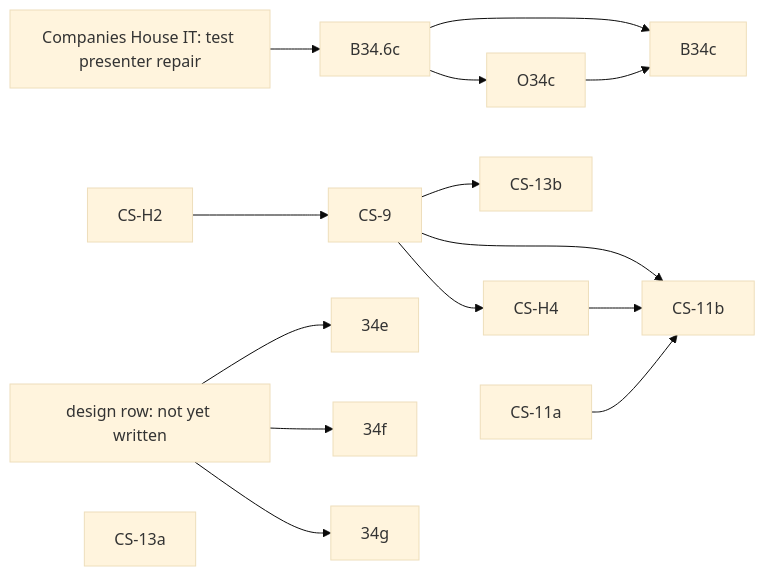
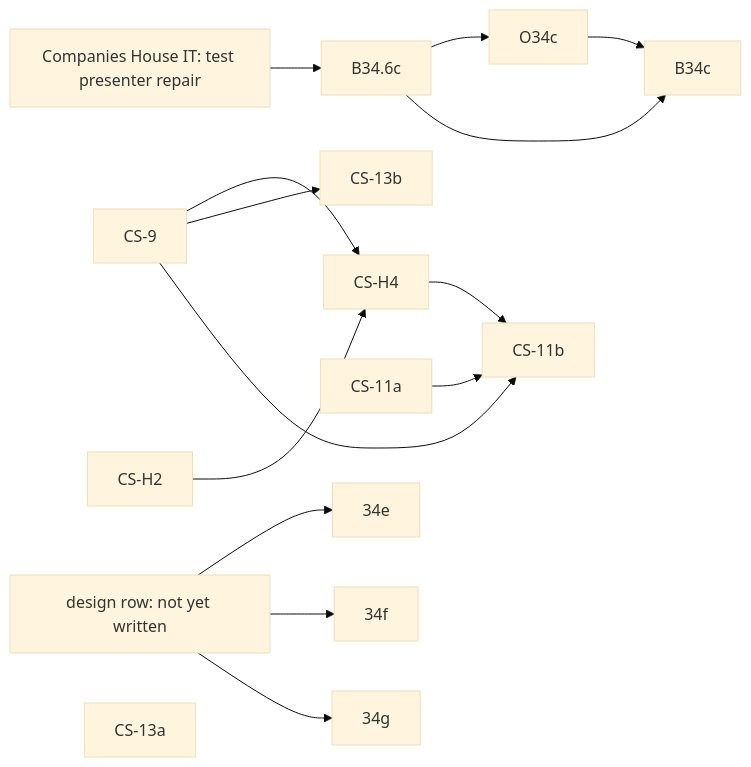
Before and after one commit to diy-accounting-uk/submit.diyaccounting.co.uk: the diagram in PLAN_COMPANIES_HOUSE.md, drawn with Mermaid (base theme). The commit also changed other lines of this file and 1 other file, not shown here.

````diff
--- a/PLAN_COMPANIES_HOUSE.md
+++ b/PLAN_COMPANIES_HOUSE.md
@@ -42,17 +42,18 @@
 ```mermaid
 flowchart LR
     CHIT[Companies House IT: test presenter repair] --> B346c[B34.6c]
     B346c --> O34c
     B346c --> B34c
     O34c --> B34c
-    CSH2[CS-H2] --> CS9[CS-9]
+    CSH2[CS-H2] --> CSH4
+    CS9[CS-9]
     CS9 --> CSH4[CS-H4]
     CS9 --> CS13b[CS-13b]
     CS9 --> CS11b[CS-11b]
     CSH4 --> CS11b
     CS11a[CS-11a] --> CS11b
     Design[design row: not yet written] --> Row34e[34e]
     Design --> Row34f[34f]
     Design --> Row34g[34g]
     CS13a[CS-13a]
 ```
````
